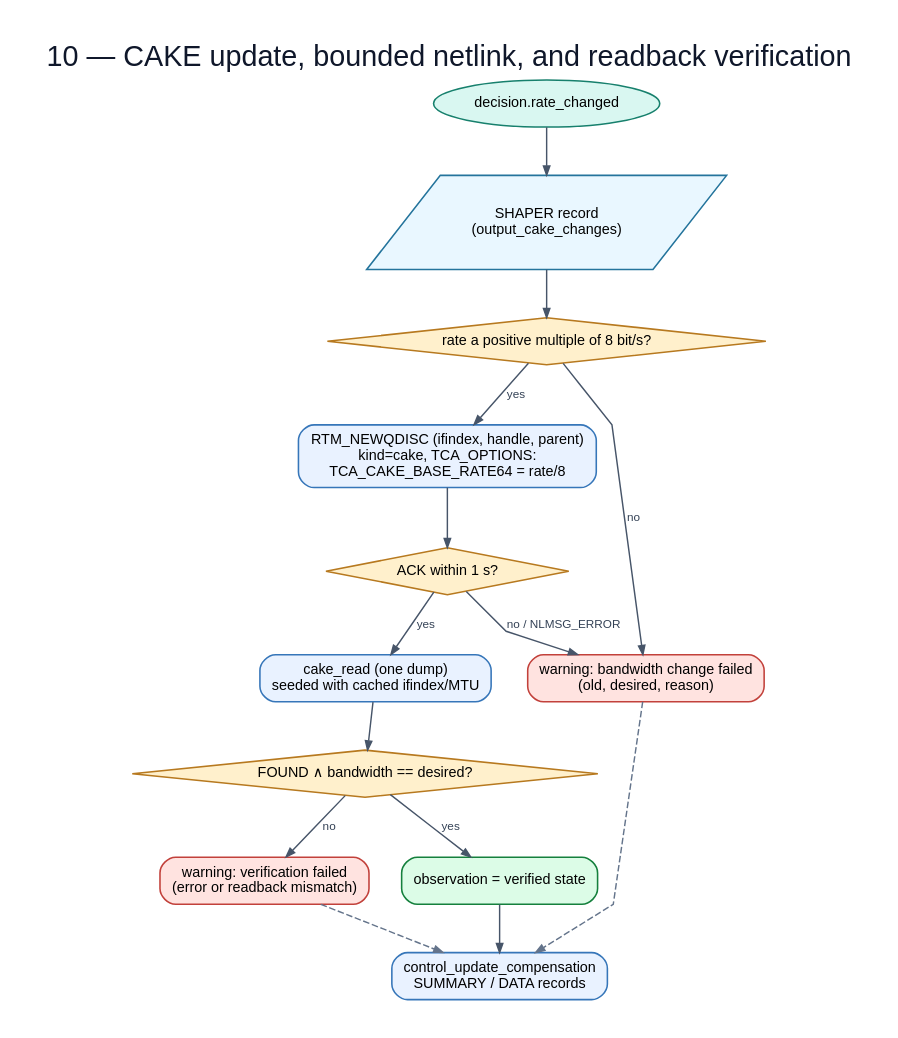
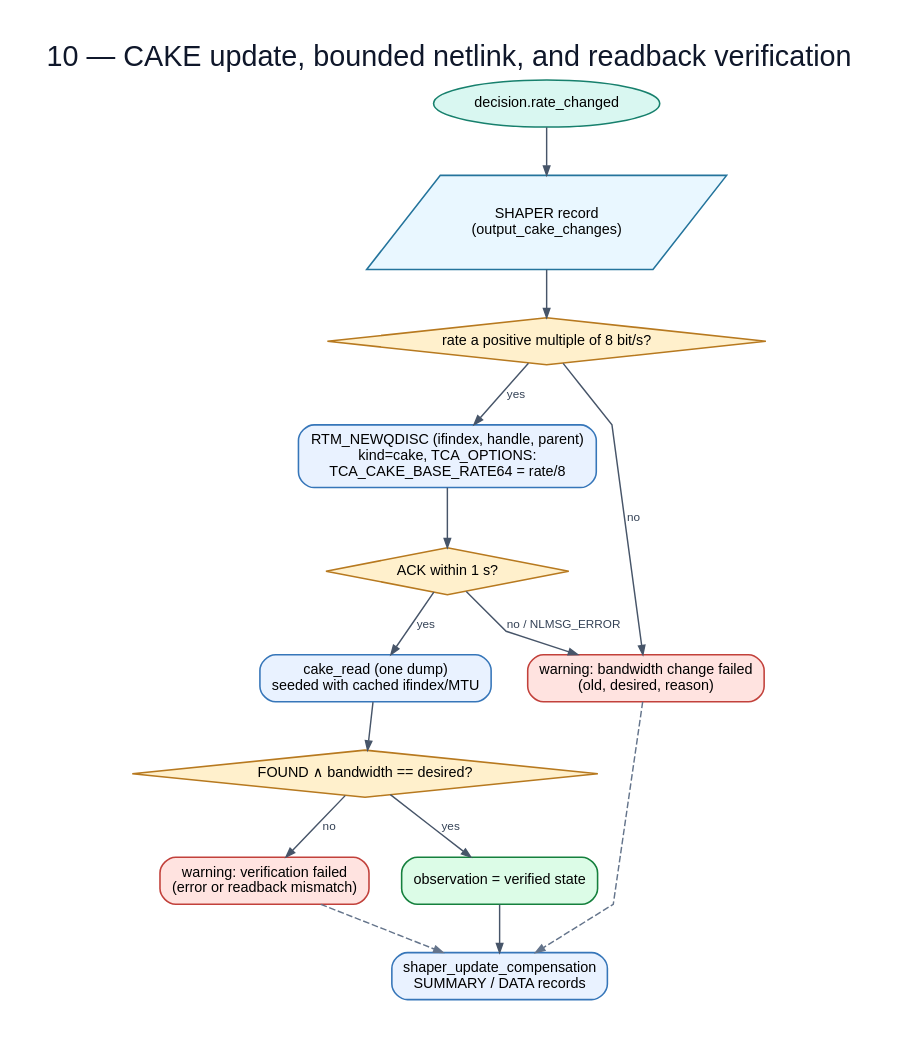
One commit to huydoan94/cake-adapt changed the diagram in flowchart/diagrams/10-apply-and-verify.dot. Above: the diagram before and after it, drawn with Graphviz. The commit also changed 186 other files, not shown here.

```diff
--- a/flowchart/diagrams/10-apply-and-verify.dot
+++ b/flowchart/diagrams/10-apply-and-verify.dot
@@ -1,29 +1,29 @@
 digraph G {
   graph [rankdir=TB,bgcolor="white",pad="0.30",nodesep="0.35",ranksep="0.48",splines=polyline,fontname="Arial",label="10 — CAKE update, bounded netlink, and readback verification",labelloc=t,fontsize=22,fontcolor="#0f172a"];
   node [fontname="Arial",fontsize=11,margin="0.14,0.09",penwidth=1.2];
   edge [fontname="Arial",fontsize=9,color="#475569",fontcolor="#334155",arrowsize=0.7,penwidth=1.1];
   start [label="decision.rate_changed",shape=oval,style="filled",fillcolor="#d9f7f1",color="#17806d"];
   shaper [label="SHAPER record\n(output_cake_changes)",shape=parallelogram,style="filled",fillcolor="#e9f7ff",color="#24749c"];
   valid [label="rate a positive multiple of 8 bit/s?",shape=diamond,style="filled",fillcolor="#fff0cc",color="#b7791f"];
   send [label="RTM_NEWQDISC (ifindex, handle, parent)\nkind=cake, TCA_OPTIONS:\nTCA_CAKE_BASE_RATE64 = rate/8",shape=box,style="rounded,filled",fillcolor="#e9f2ff",color="#3676b9"];
   ack [label="ACK within 1 s?",shape=diamond,style="filled",fillcolor="#fff0cc",color="#b7791f"];
   fail [label="warning: bandwidth change failed\n(old, desired, reason)",shape=box,style="rounded,filled",fillcolor="#ffe3e0",color="#c2413b"];
   read [label="cake_read (one dump)\nseeded with cached ifindex/MTU",shape=box,style="rounded,filled",fillcolor="#e9f2ff",color="#3676b9"];
   match [label="FOUND ∧ bandwidth == desired?",shape=diamond,style="filled",fillcolor="#fff0cc",color="#b7791f"];
   mismatch [label="warning: verification failed\n(error or readback mismatch)",shape=box,style="rounded,filled",fillcolor="#ffe3e0",color="#c2413b"];
   ok [label="observation = verified state",shape=box,style="rounded,filled,bold",fillcolor="#dcfce7",color="#15803d"];
-  comp [label="control_update_compensation\nSUMMARY / DATA records",shape=box,style="rounded,filled",fillcolor="#e9f2ff",color="#3676b9"];
+  comp [label="shaper_update_compensation\nSUMMARY / DATA records",shape=box,style="rounded,filled",fillcolor="#e9f2ff",color="#3676b9"];
   start -> shaper;
   shaper -> valid;
   valid -> fail [label="no"];
   valid -> send [label="yes"];
   send -> ack;
   ack -> fail [label="no / NLMSG_ERROR"];
   ack -> read [label="yes"];
   read -> match;
   match -> mismatch [label="no"];
   match -> ok [label="yes"];
   ok -> comp;
   fail -> comp [style=dashed,color="#64748b"];
   mismatch -> comp [style=dashed,color="#64748b"];
 }
```
